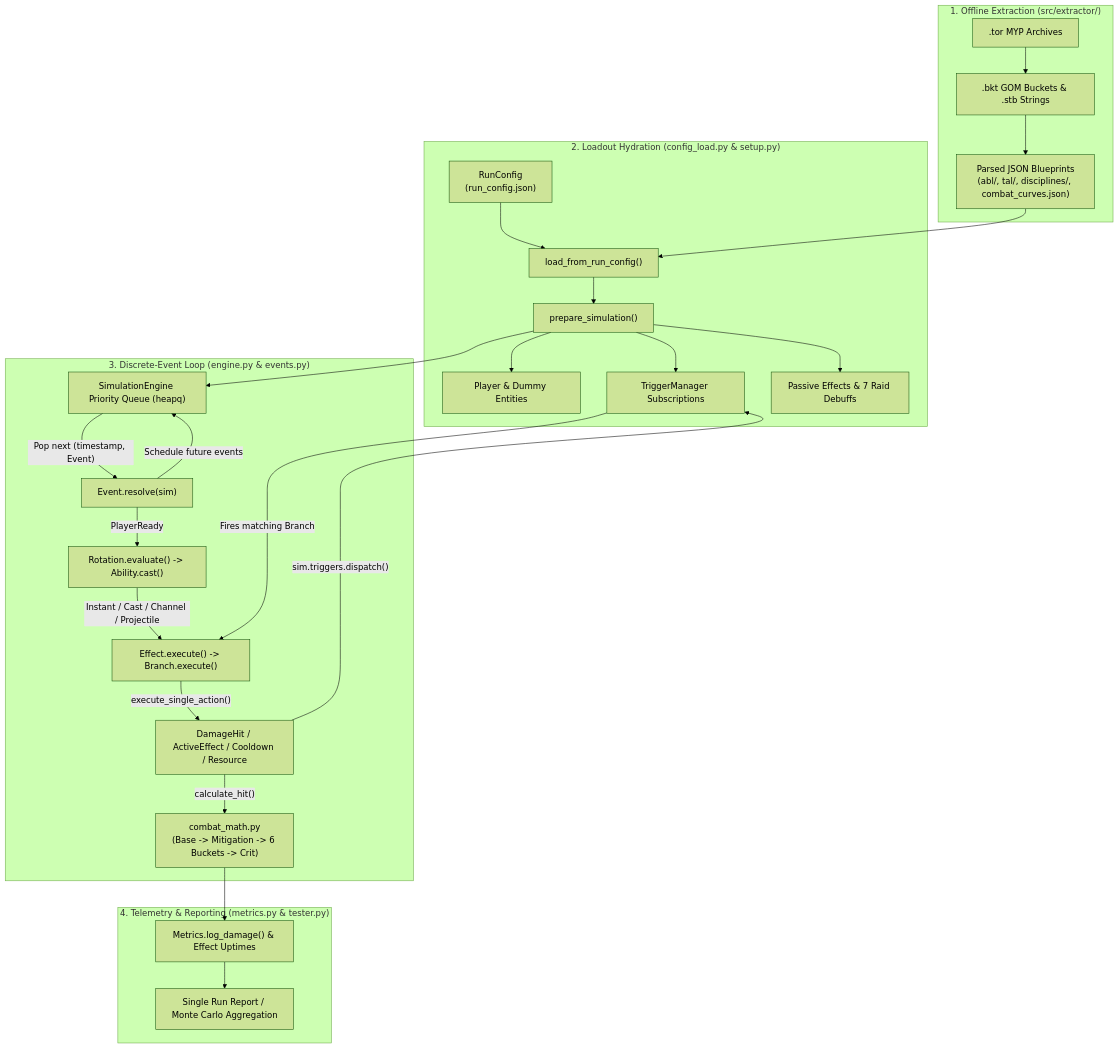
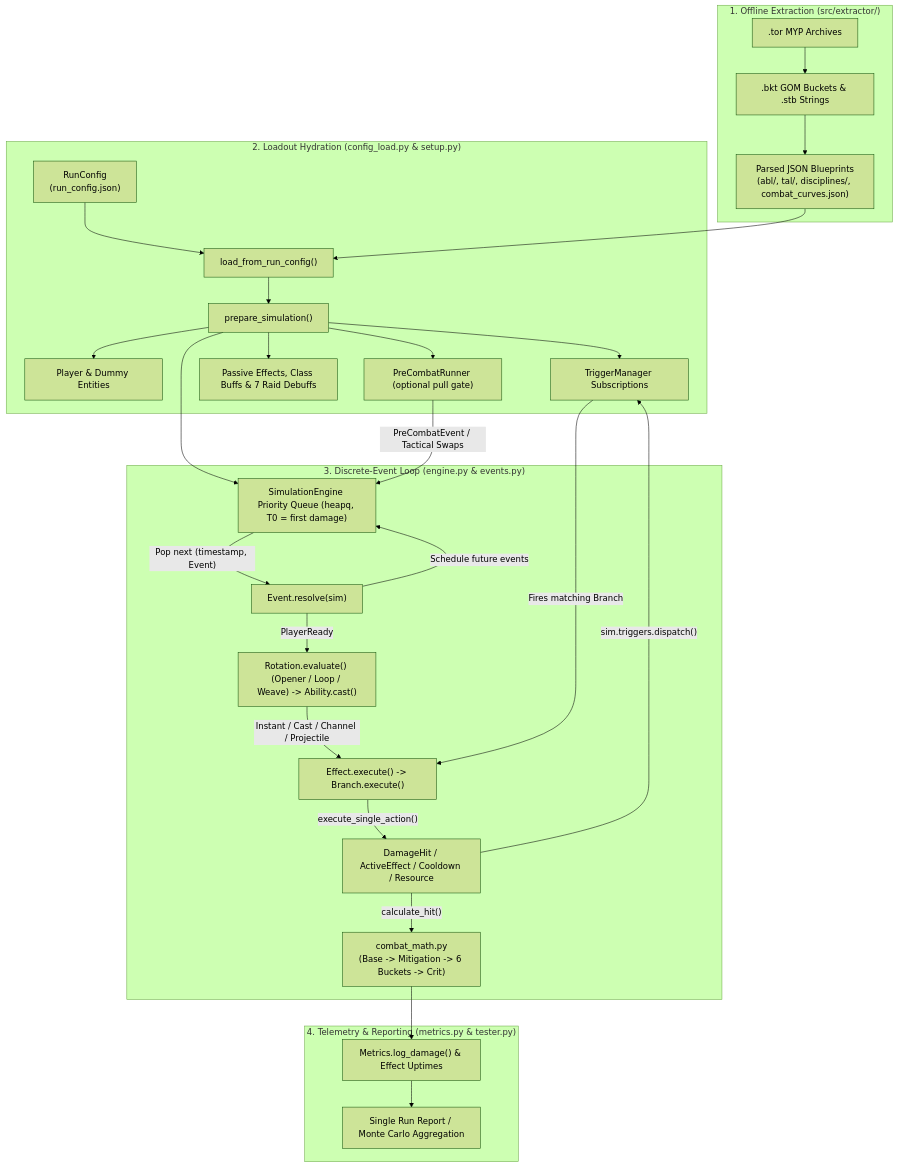
The diagram in docs/architecture.md (Rasoubar/SwtorSim), drawn with Mermaid (forest theme) before and after one commit. The commit also changed other lines of this file, not shown here.

Commit message:
small architecture.md update to keep up with new changes

````diff
--- a/docs/architecture.md
+++ b/docs/architecture.md
@@ -9,33 +9,35 @@
 ```mermaid
 flowchart TD
     subgraph Extraction["1. Offline Extraction (src/extractor/)"]
         TOR[".tor MYP Archives"] --> BKT[".bkt GOM Buckets & .stb Strings"]
         BKT --> PARSED["Parsed JSON Blueprints\n(abl/, tal/, disciplines/, combat_curves.json)"]
     end
 
     subgraph Hydration["2. Loadout Hydration (config_load.py & setup.py)"]
         RC["RunConfig\n(run_config.json)"] --> LOADER["load_from_run_config()"]
         PARSED --> LOADER
         LOADER --> PREP["prepare_simulation()"]
         PREP --> ENT["Player & Dummy Entities"]
         PREP --> TRIG["TriggerManager Subscriptions"]
-        PREP --> PASS["Passive Effects & 7 Raid Debuffs"]
+        PREP --> PASS["Passive Effects, Class Buffs & 7 Raid Debuffs"]
+        PREP --> PRE["PreCombatRunner (optional pull gate)"]
     end
 
     subgraph Runtime["3. Discrete-Event Loop (engine.py & events.py)"]
-        PREP --> HEAP["SimulationEngine Priority Queue (heapq)"]
+        PREP --> HEAP["SimulationEngine Priority Queue (heapq, T0 = first damage)"]
+        PRE -->|"PreCombatEvent / Tactical Swaps"| HEAP
         HEAP -->|"Pop next (timestamp, Event)"| RESOLVE["Event.resolve(sim)"]
-        RESOLVE -->|"PlayerReady"| ROT["Rotation.evaluate() -> Ability.cast()"]
+        RESOLVE -->|"PlayerReady"| ROT["Rotation.evaluate() (Opener / Loop / Weave) -> Ability.cast()"]
         ROT -->|"Instant / Cast / Channel / Projectile"| EFF["Effect.execute() -> Branch.execute()"]
         EFF -->|"execute_single_action()"| ACT["DamageHit / ActiveEffect / Cooldown / Resource"]
         ACT -->|"calculate_hit()"| MATH["combat_math.py\n(Base -> Mitigation -> 6 Buckets -> Crit)"]
         ACT -->|"sim.triggers.dispatch()"| TRIG
         TRIG -->|"Fires matching Branch"| EFF
         RESOLVE -->|"Schedule future events"| HEAP
     end
 
     subgraph Telemetry["4. Telemetry & Reporting (metrics.py & tester.py)"]
         MATH --> MET["Metrics.log_damage() & Effect Uptimes"]
         MET --> REP["Single Run Report / Monte Carlo Aggregation"]
     end
 ```
````
